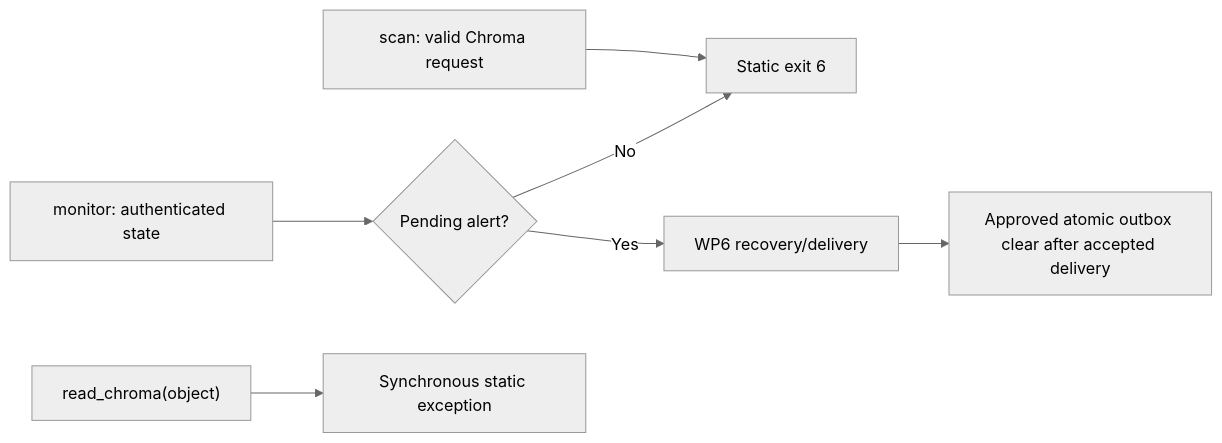
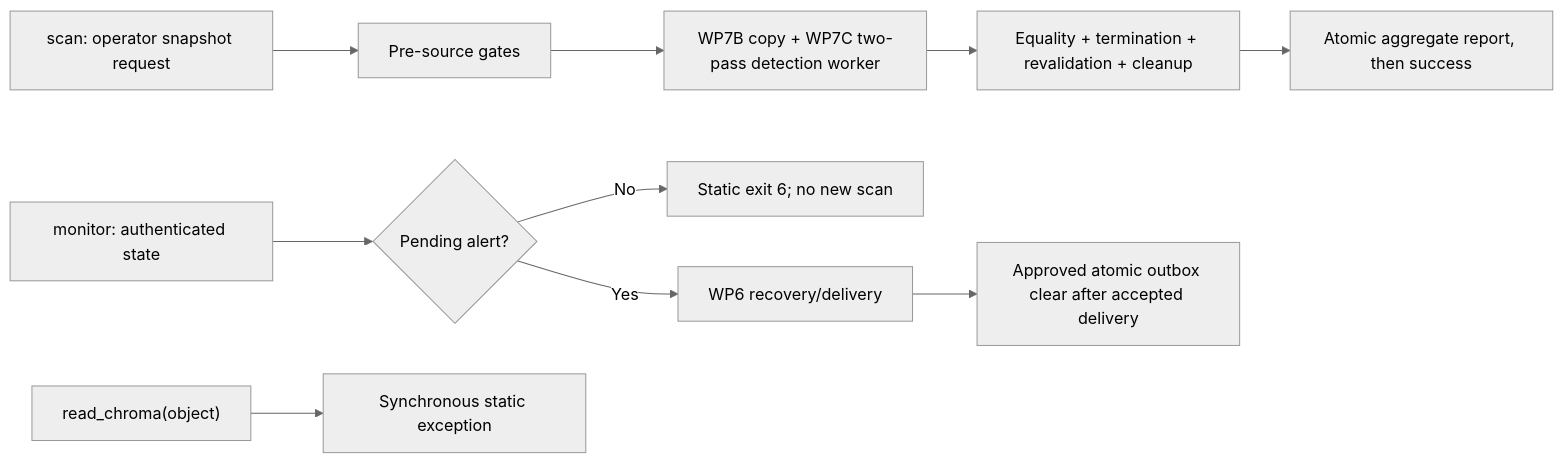
One commit to Agenvana/RAGLeakGuard changed the diagram in docs/ARCHITECTURE.md. Above: the diagram before and after it, drawn with Mermaid (neutral theme). The commit also changed other lines of this file and 19 other files, not shown here.

First line of the commit message:
feat: activate bounded Chroma snapshot detection

````diff
--- a/docs/ARCHITECTURE.md
+++ b/docs/ARCHITECTURE.md
@@ -15,9 +16,12 @@
 ```mermaid
 flowchart LR
-    A["scan: valid Chroma request"] --> B["Static exit 6"]
-    C["monitor: authenticated state"] --> D{"Pending alert?"}
-    D -->|"No"| B
-    D -->|"Yes"| E["WP6 recovery/delivery"]
-    E --> F["Approved atomic outbox clear after accepted delivery"]
-    G["read_chroma(object)"] --> H["Synchronous static exception"]
+    A["scan: operator snapshot request"] --> B["Pre-source gates"]
+    B --> C["WP7B copy + WP7C two-pass detection worker"]
+    C --> D["Equality + termination + revalidation + cleanup"]
+    D --> E["Atomic aggregate report, then success"]
+    F["monitor: authenticated state"] --> G{"Pending alert?"}
+    G -->|"No"| H["Static exit 6; no new scan"]
+    G -->|"Yes"| I["WP6 recovery/delivery"]
+    I --> J["Approved atomic outbox clear after accepted delivery"]
+    K["read_chroma(object)"] --> L["Synchronous static exception"]
 ```
````
